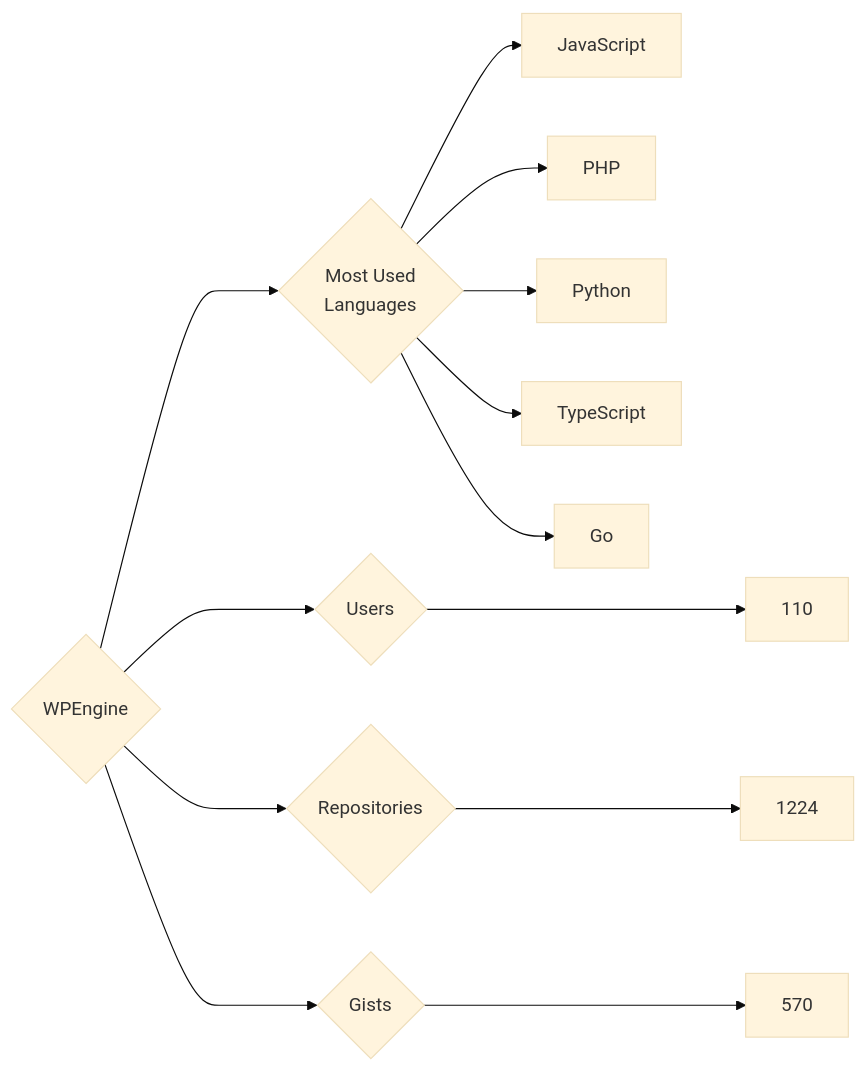
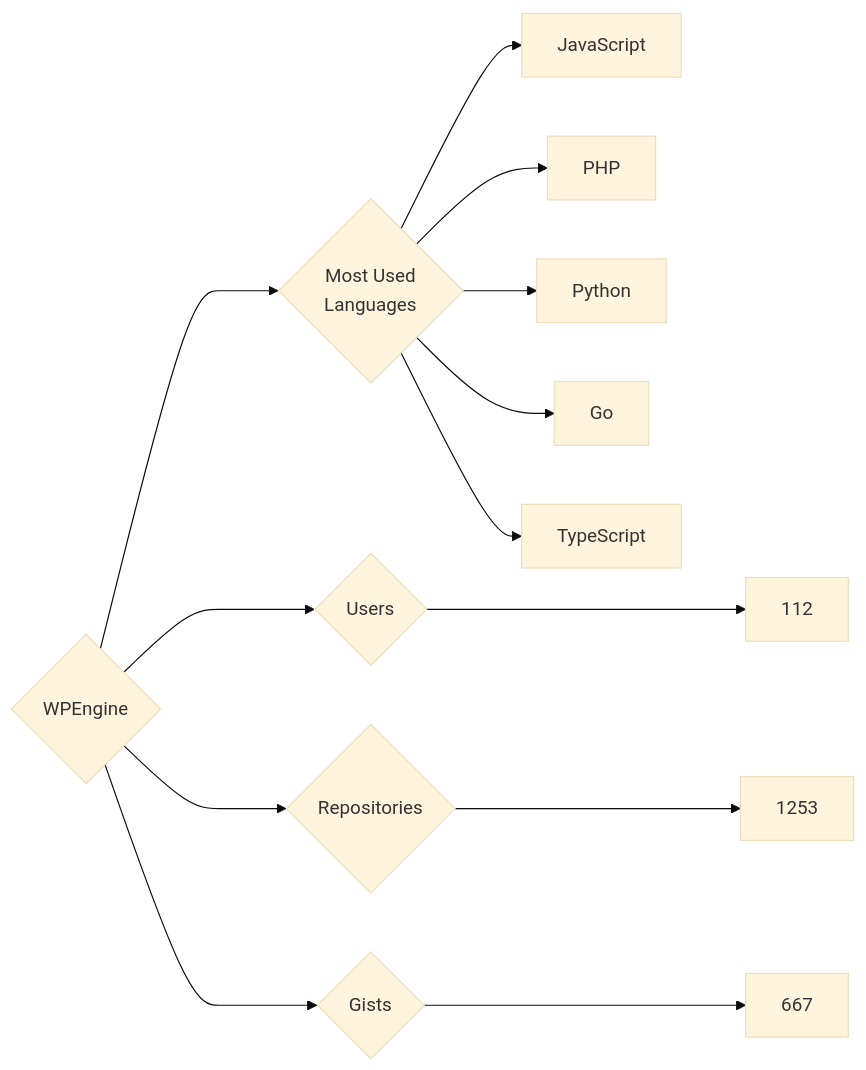
The diagram in targets/WPEngine/README.md (trickest/insiders), drawn with Mermaid (base theme) before and after one commit. The commit also changed 976 other files, not shown here.

````diff
--- a/targets/WPEngine/README.md
+++ b/targets/WPEngine/README.md
@@ -3,13 +3,13 @@
 ```mermaid
 graph LR
 COMPANY_NAME{WPEngine}
-COMPANY_NAME ---> U{Users} ---> UN[110]
-COMPANY_NAME ---> R{Repositories} ---> RN[1224]
-COMPANY_NAME ---> G{Gists} ---> GN[570]
+COMPANY_NAME ---> U{Users} ---> UN[112]
+COMPANY_NAME ---> R{Repositories} ---> RN[1253]
+COMPANY_NAME ---> G{Gists} ---> GN[667]
 COMPANY_NAME ---> ML{Most Used<br>Languages}
 ML --> JavaScript[JavaScript]
 ML --> PHP[PHP]
 ML --> Python[Python]
+ML --> Go[Go]
 ML --> TypeScript[TypeScript]
-ML --> Go[Go]
 ```
````
